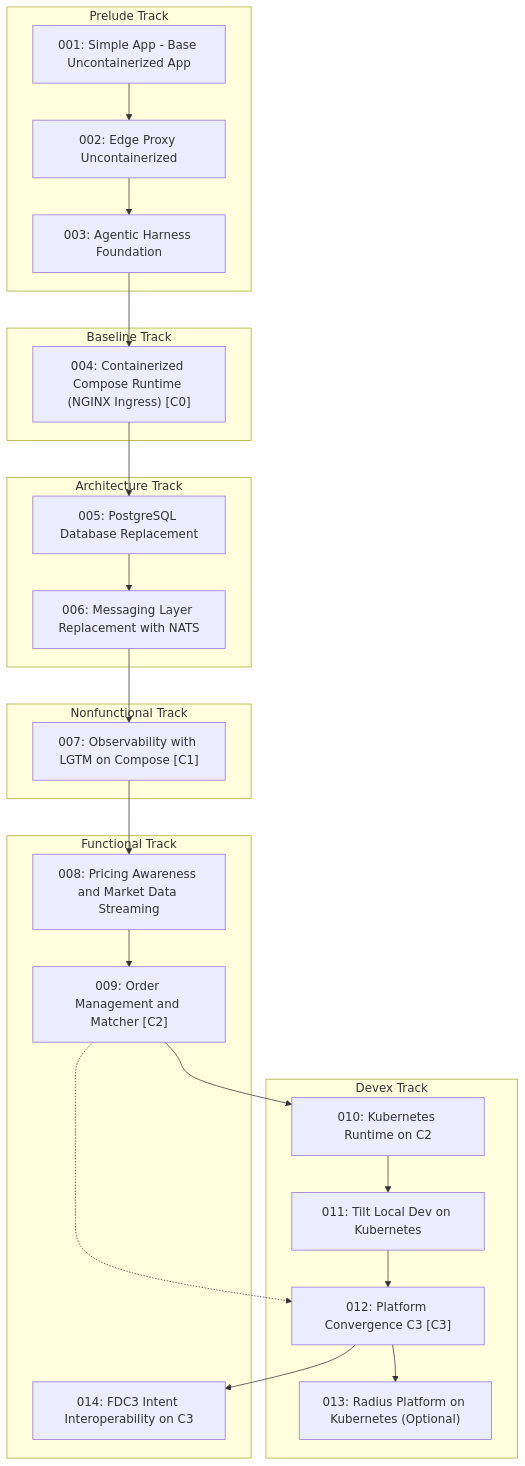
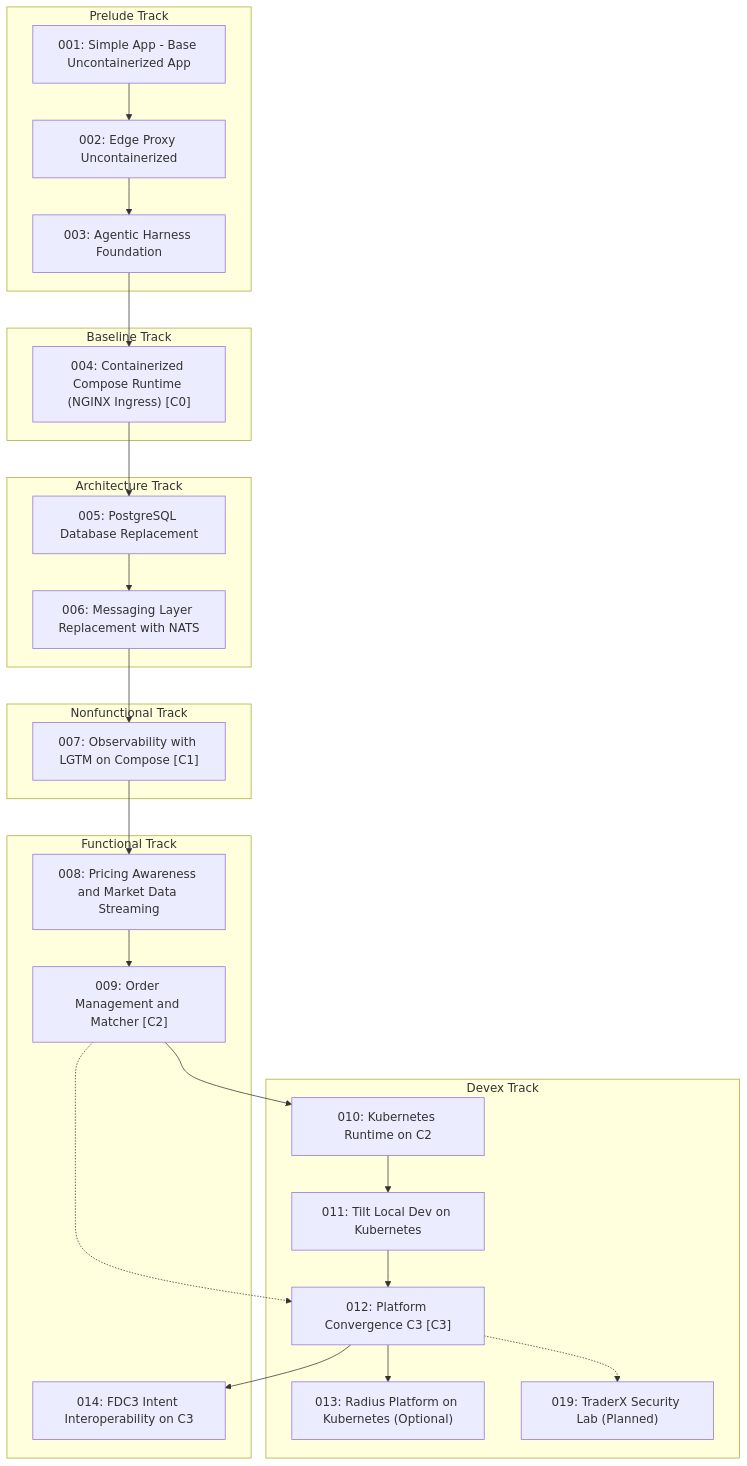
One commit to finos/traderX changed the third of 3 diagrams in docs/learning-paths/index.md. Above: the diagram before and after it, drawn with Mermaid. The commit also changed other lines of this file and 30 other files, not shown here.

Commit message:
docs(security-lab): register planned state 019 and preview learning journey

````diff
--- a/docs/learning-paths/index.md
+++ b/docs/learning-paths/index.md
@@ -112,44 +116,46 @@
 ```mermaid
 flowchart TB
   subgraph PRELUDE["Prelude Track"]
     S001_baseline_uncontainerized_parity["001: Simple App - Base Uncontainerized App"]
     S002_edge_proxy_uncontainerized["002: Edge Proxy Uncontainerized"]
     S003_agentic_harness_foundation["003: Agentic Harness Foundation"]
   end
   subgraph BASELINE["Baseline Track"]
     S004_containerized_compose_runtime["004: Containerized Compose Runtime (NGINX Ingress) [C0]"]
   end
   subgraph ARCHITECTURE["Architecture Track"]
     S005_postgres_database_replacement["005: PostgreSQL Database Replacement"]
     S006_messaging_nats_replacement["006: Messaging Layer Replacement with NATS"]
   end
   subgraph NONFUNCTIONAL["Nonfunctional Track"]
     S007_observability_lgtm_compose["007: Observability with LGTM on Compose [C1]"]
   end
   subgraph FUNCTIONAL["Functional Track"]
     S008_pricing_awareness_market_data["008: Pricing Awareness and Market Data Streaming"]
     S009_order_management_matcher["009: Order Management and Matcher [C2]"]
     S014_fdc3_intent_interoperability["014: FDC3 Intent Interoperability on C3"]
   end
   subgraph DEVEX["Devex Track"]
     S010_kubernetes_runtime["010: Kubernetes Runtime on C2"]
     S011_tilt_kubernetes_dev_loop["011: Tilt Local Dev on Kubernetes"]
     S012_platform_convergence_c3["012: Platform Convergence C3 [C3]"]
     S013_radius_kubernetes_platform["013: Radius Platform on Kubernetes (Optional)"]
+    S019_traderx_security_lab["019: TraderX Security Lab (Planned)"]
   end
   S001_baseline_uncontainerized_parity --> S002_edge_proxy_uncontainerized
   S002_edge_proxy_uncontainerized --> S003_agentic_harness_foundation
   S003_agentic_harness_foundation --> S004_containerized_compose_runtime
   S004_containerized_compose_runtime --> S005_postgres_database_replacement
   S005_postgres_database_replacement --> S006_messaging_nats_replacement
   S006_messaging_nats_replacement --> S007_observability_lgtm_compose
   S007_observability_lgtm_compose --> S008_pricing_awareness_market_data
   S008_pricing_awareness_market_data --> S009_order_management_matcher
   S009_order_management_matcher --> S010_kubernetes_runtime
   S010_kubernetes_runtime --> S011_tilt_kubernetes_dev_loop
   S011_tilt_kubernetes_dev_loop --> S012_platform_convergence_c3
   S012_platform_convergence_c3 --> S013_radius_kubernetes_platform
   S012_platform_convergence_c3 --> S014_fdc3_intent_interoperability
+  S012_platform_convergence_c3 -.-> S019_traderx_security_lab
   S009_order_management_matcher -.-> S012_platform_convergence_c3
   classDef convergence fill:#d7f5dd,stroke:#2e7d32,stroke-width:2px
 ```
````
